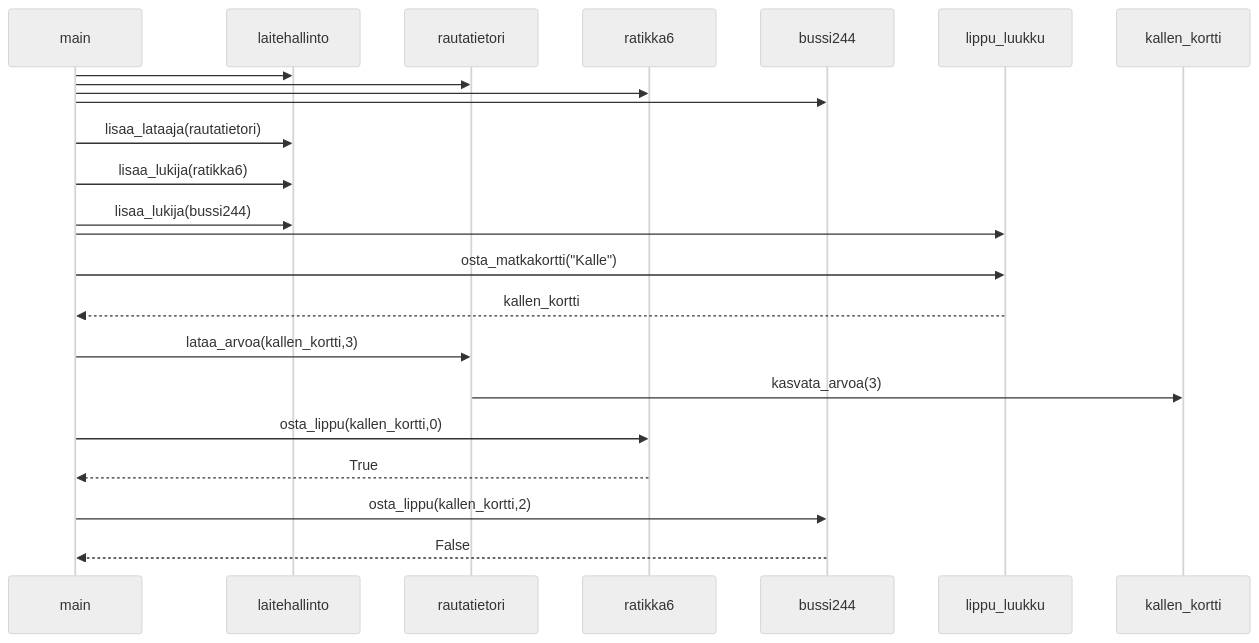
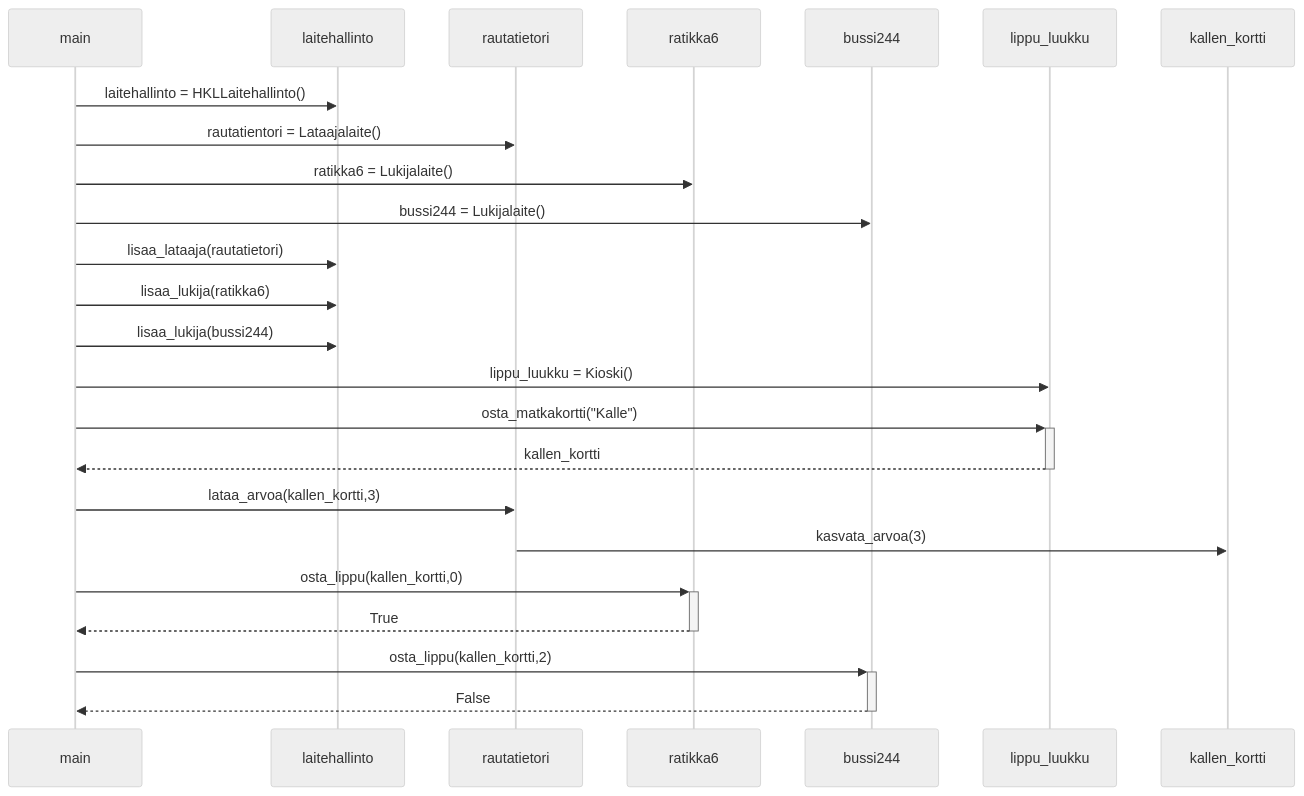
The diagram in laskarit/viikko3/hsl.md (henriimmonen/ot-harjoitustyo), drawn with Mermaid (neutral theme) before and after one commit.

Commit message:
lisäkorjauksia

````diff
--- a/laskarit/viikko3/hsl.md
+++ b/laskarit/viikko3/hsl.md
@@ -1,19 +1,19 @@
 ```mermaid
 sequenceDiagram
-	main ->> laitehallinto:
-	main ->> rautatietori:
-	main ->> ratikka6:
-	main ->> bussi244:
-	main ->> laitehallinto: lisaa_lataaja(rautatietori)
-	main ->> laitehallinto: lisaa_lukija(ratikka6)
-	main ->> laitehallinto: lisaa_lukija(bussi244)
-	main ->> lippu_luukku:
-	main ->> lippu_luukku: osta_matkakortti("Kalle")
-	lippu_luukku -->> main: kallen_kortti
-	main ->> rautatietori: lataa_arvoa(kallen_kortti,3)	
+	main->>laitehallinto: laitehallinto = HKLLaitehallinto()
+	main->>rautatietori: rautatientori = Lataajalaite()
+	main->>ratikka6: ratikka6 = Lukijalaite()
+	main->>bussi244: bussi244 = Lukijalaite()
+	main->>laitehallinto: lisaa_lataaja(rautatietori)
+	main->>laitehallinto: lisaa_lukija(ratikka6)
+	main->>laitehallinto: lisaa_lukija(bussi244)
+	main->>lippu_luukku: lippu_luukku = Kioski()
+	main->>+lippu_luukku: osta_matkakortti("Kalle")
+	lippu_luukku-->>-main: kallen_kortti
+	main->> rautatietori: lataa_arvoa(kallen_kortti,3)	
 	rautatietori ->> kallen_kortti: kasvata_arvoa(3)
-	main ->> ratikka6: osta_lippu(kallen_kortti,0)
-	ratikka6 -->> main: True 
-	main ->> bussi244: osta_lippu(kallen_kortti,2)
-	bussi244 -->> main: False
+	main->>+ratikka6: osta_lippu(kallen_kortti,0)
+	ratikka6-->>-main: True 
+	main->>+bussi244: osta_lippu(kallen_kortti,2)
+	bussi244-->>-main: False
 ```
````
